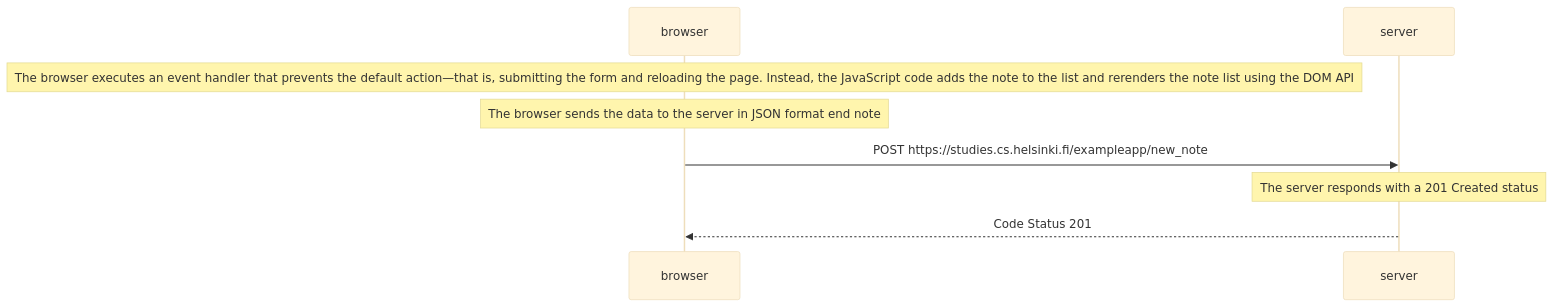
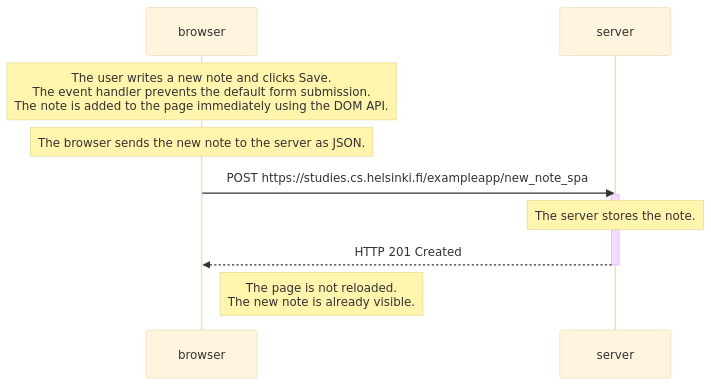
One commit to MoisesAlfar0o/FullStackOpen changed the diagram in part0/0.6.md. Above: the diagram before and after it, drawn with Mermaid (base theme). The commit also changed 2 other files, not shown here.

Commit message:
Complete Part 0 exercises

````diff
--- a/part0/0.6.md
+++ b/part0/0.6.md
@@ -1,14 +1,18 @@
 ```mermaid
-sequenceDiagram
-  participant browser
-  participant server
+  sequenceDiagram
+    participant browser
+    participant server
 
-  Note over browser: The browser executes an event handler that prevents the default action—that is, submitting the form and reloading the page. Instead, the JavaScript code adds the note to the list and rerenders the note list using the DOM API
+    Note over browser: The user writes a new note and clicks Save.<br/>The event handler prevents the default form submission.<br/>The note is added to the page immediately using the DOM API.
 
-  Note over browser:The browser sends the data to the server in JSON format end note
+    Note over browser: The browser sends the new note to the server as JSON.
 
-  browser->>server: POST https://studies.cs.helsinki.fi/exampleapp/new_note
+    browser->>server: POST https://studies.cs.helsinki.fi/exampleapp/new_note_spa
 
-  Note over server: The server responds with a 201 Created status
-  server-->>browser: Code Status 201
+    activate server
+    Note over server: The server stores the note.
+    server-->>browser: HTTP 201 Created
+    deactivate server
+
+    Note right of browser: The page is not reloaded.<br/>The new note is already visible.
 ```
````
